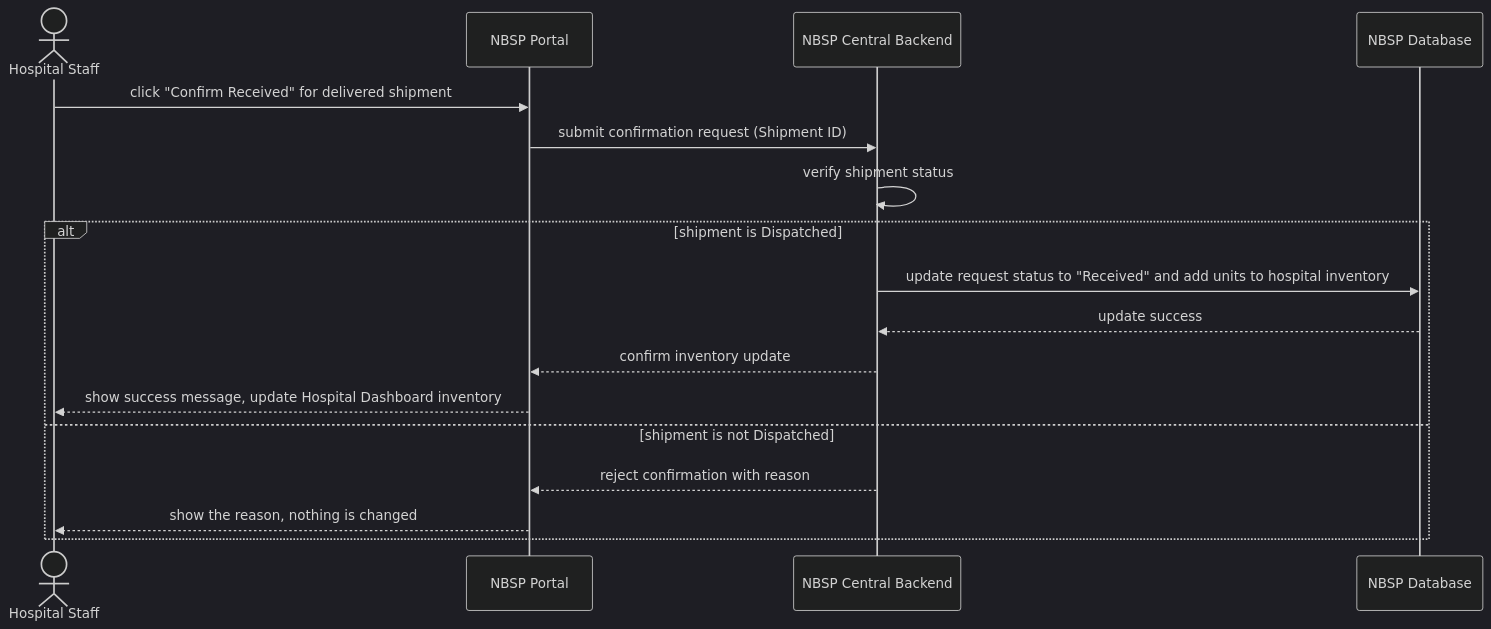
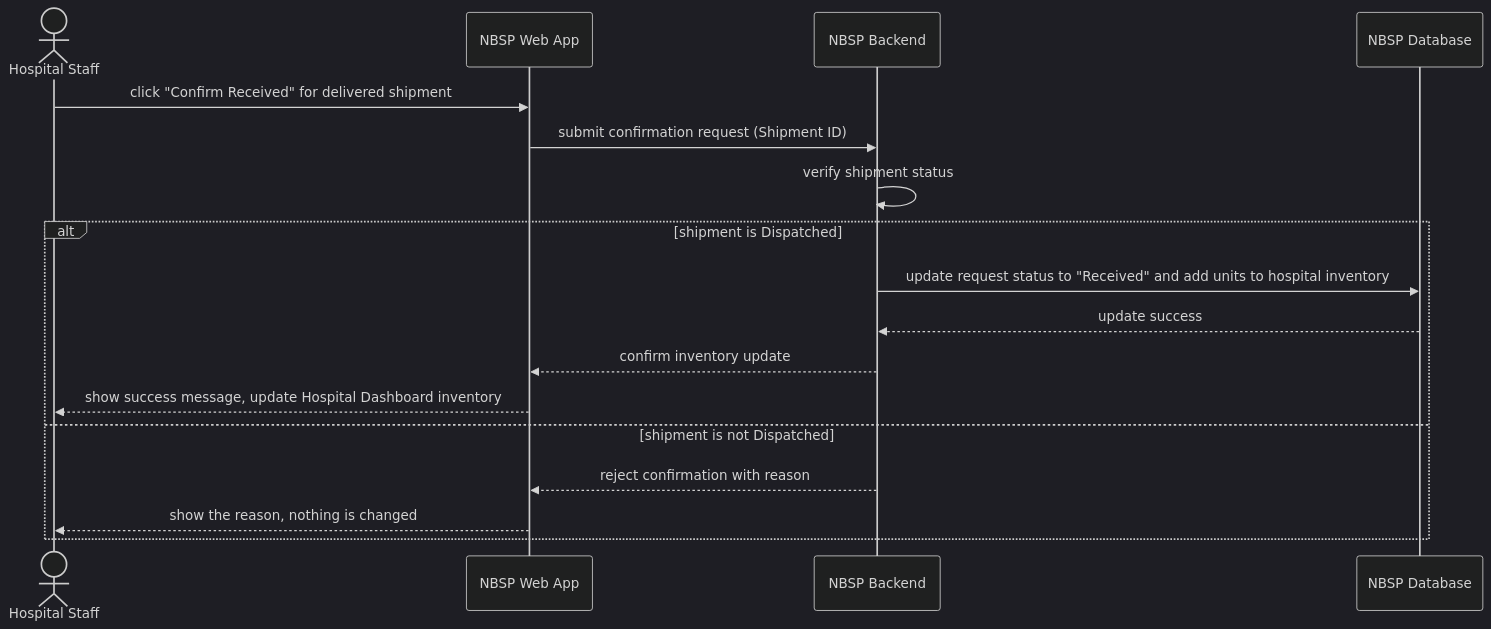
One commit to Nhan2772/DBIZ2-GROUPC-NationalBloodSupplyPlatform changed the diagram in use-case/SD-UC-03.md. Above: the diagram before and after it, drawn with Mermaid (dark theme).

Commit message:
Update participant names in sequence diagram

````diff
--- a/use-case/SD-UC-03.md
+++ b/use-case/SD-UC-03.md
@@ -13,19 +13,19 @@
 ```mermaid
 sequenceDiagram
   actor H as Hospital Staff
-  participant P as NBSP Portal
-  participant B as NBSP Central Backend
+  participant P as NBSP Web App
+  participant B as NBSP Backend
   participant D as NBSP Database
   H->>P: click "Confirm Received" for delivered shipment
   P->>B: submit confirmation request (Shipment ID)
   B->>B: verify shipment status
   alt shipment is Dispatched
     B->>D: update request status to "Received" and add units to hospital inventory
     D-->>B: update success
     B-->>P: confirm inventory update
     P-->>H: show success message, update Hospital Dashboard inventory
   else shipment is not Dispatched
     B-->>P: reject confirmation with reason
     P-->>H: show the reason, nothing is changed
   end
 ```
````
